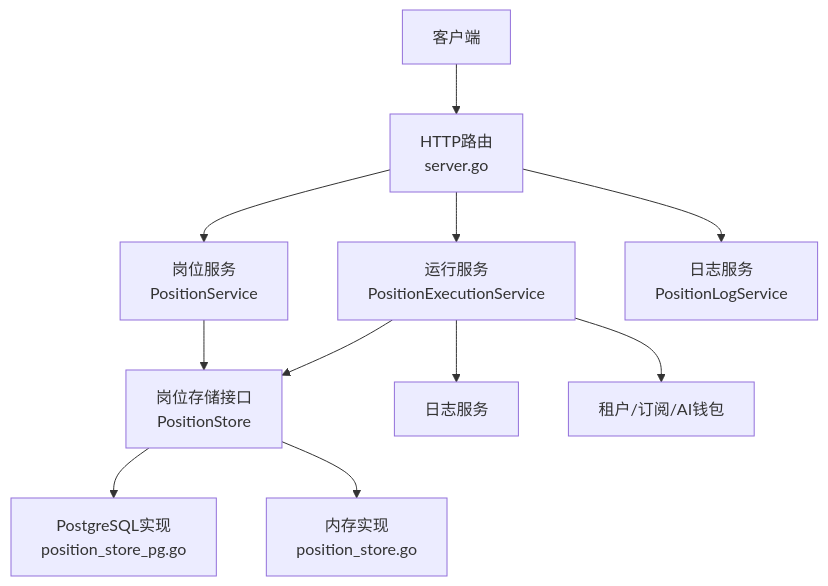
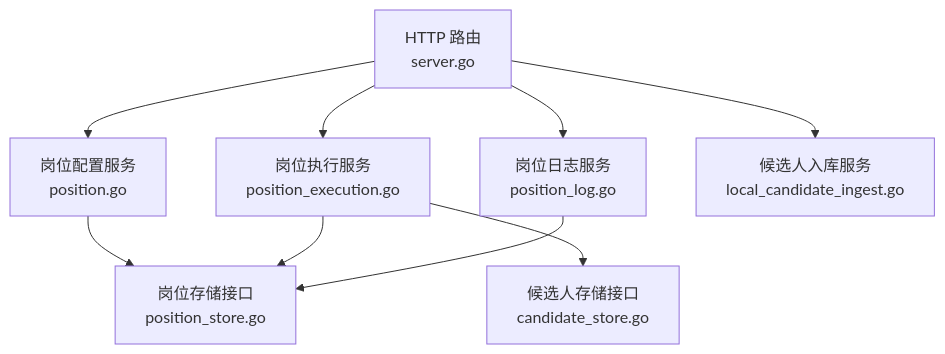
The first of 4 diagrams in .qoder/repowiki/zh/content/API接口文档/云端REST API/岗位管理API/岗位管理API.md (alvinwangzi/goodhr), drawn with Mermaid before and after one commit. The commit also changed other lines of this file and 149 other files, not shown here.

````diff
--- a/.qoder/repowiki/zh/content/API接口文档/云端REST API/岗位管理API/岗位管理API.md
+++ b/.qoder/repowiki/zh/content/API接口文档/云端REST API/岗位管理API/岗位管理API.md
@@ -41,13 +43,11 @@
 ```mermaid
 graph TB
-Client["客户端"] --> Router["HTTP路由<br/>server.go"]
-Router --> PosSvc["岗位服务<br/>PositionService"]
-Router --> ExecSvc["运行服务<br/>PositionExecutionService"]
-Router --> LogSvc["日志服务<br/>PositionLogService"]
-PosSvc --> Store["岗位存储接口<br/>PositionStore"]
-ExecSvc --> Store
-ExecSvc --> Logs["日志服务"]
-ExecSvc --> Tenant["租户/订阅/AI钱包"]
-Store --> PG["PostgreSQL实现<br/>position_store_pg.go"]
-Store --> Mem["内存实现<br/>position_store.go"]
+A["HTTP 路由<br/>server.go"] --> B["岗位配置服务<br/>position.go"]
+A --> C["岗位执行服务<br/>position_execution.go"]
+A --> D["岗位日志服务<br/>position_log.go"]
+A --> E["候选人入库服务<br/>local_candidate_ingest.go"]
+B --> F["岗位存储接口<br/>position_store.go"]
+C --> F
+C --> G["候选人存储接口<br/>candidate_store.go"]
+D --> F
 ```
````
